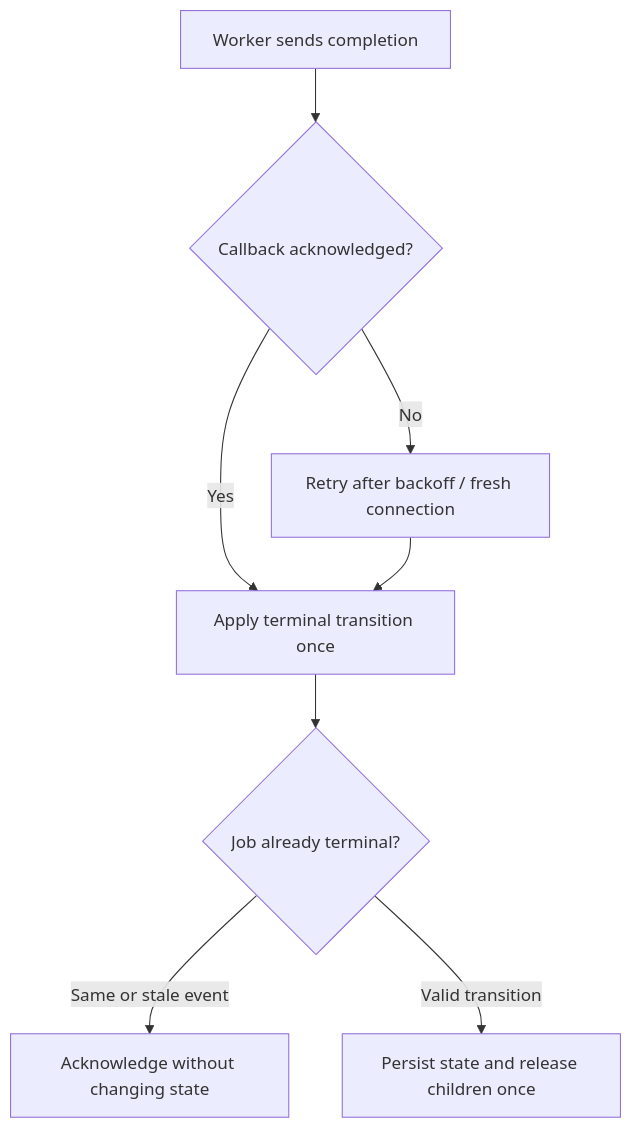
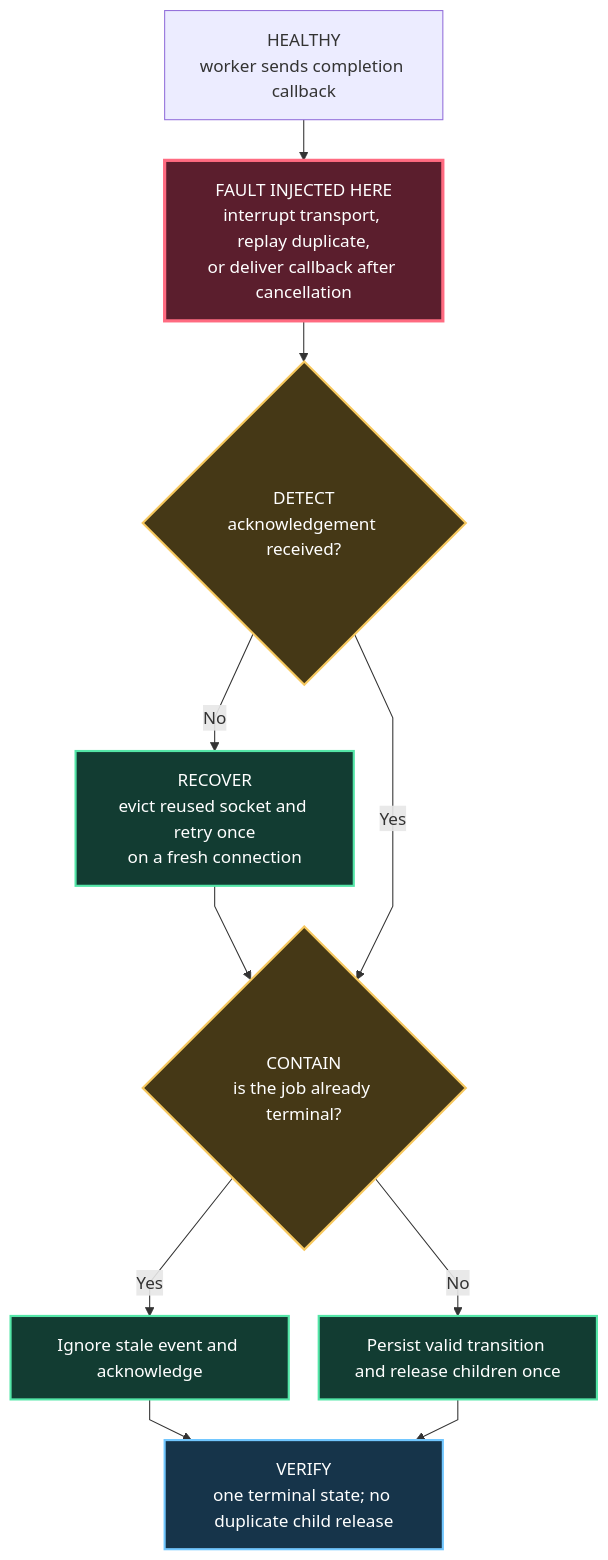
One commit to ramn51/titan-orchestrator changed the fourth of 6 diagrams in titan-docs/docs/architecture/fault-tolerance.md. Above: the diagram before and after it, drawn with Mermaid. The commit also changed other lines of this file, not shown here.

Commit message:
Refine fault injection diagrams

````diff
--- a/titan-docs/docs/architecture/fault-tolerance.md
+++ b/titan-docs/docs/architecture/fault-tolerance.md
@@ -104,10 +132,25 @@
 ```mermaid
-flowchart TD
-    A[Worker sends completion] --> B{Callback acknowledged?}
-    B -->|Yes| C[Apply terminal transition once]
-    B -->|No| D[Retry after backoff / fresh connection]
-    D --> C
-    C --> E{Job already terminal?}
-    E -->|Same or stale event| F[Acknowledge without changing state]
-    E -->|Valid transition| G[Persist state and release children once]
+%%{init: {"flowchart": {"curve": "linear", "nodeSpacing": 28, "rankSpacing": 38}}}%%
+flowchart TB
+    H[HEALTHY<br/>worker sends completion callback]
+    F[FAULT INJECTED HERE<br/>interrupt transport, replay duplicate,<br/>or deliver callback after cancellation]
+    D{DETECT<br/>acknowledgement received?}
+    R[RECOVER<br/>evict reused socket and retry once<br/>on a fresh connection]
+    G{CONTAIN<br/>is the job already terminal?}
+    A[Ignore stale event and acknowledge]
+    P[Persist valid transition and release children once]
+    V[VERIFY<br/>one terminal state; no duplicate child release]
+    H --> F --> D
+    D -->|No| R --> G
+    D -->|Yes| G
+    G -->|Yes| A --> V
+    G -->|No| P --> V
+    classDef fault fill:#5b1e2d,stroke:#ff6b81,color:#fff,stroke-width:3px;
+    classDef detect fill:#453816,stroke:#f6c85f,color:#fff,stroke-width:2px;
+    classDef recover fill:#123c32,stroke:#54e6a8,color:#fff,stroke-width:2px;
+    classDef verify fill:#16344a,stroke:#72c7ff,color:#fff,stroke-width:2px;
+    class F fault;
+    class D,G detect;
+    class R,A,P recover;
+    class V verify;
 ```
````
